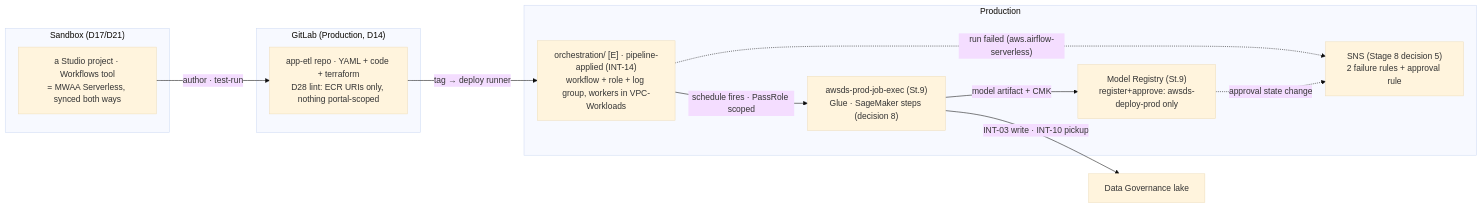
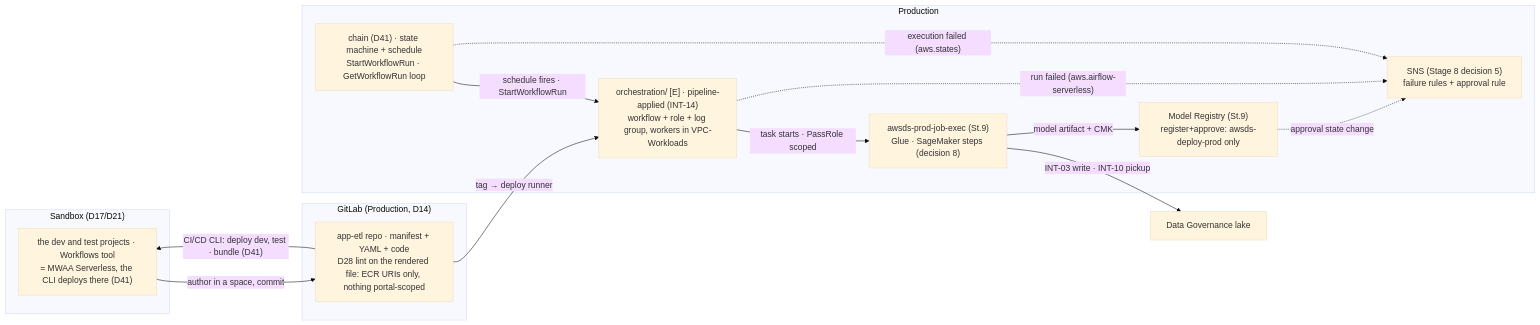
Before and after one commit to felipenoris/AWS-DataScience: the diagram in docs/plan/stages/stage-10-orchestration-promotion.md, drawn with Mermaid (base theme). The commit also changed other lines of this file and 19 other files, not shown here.

````diff
--- a/docs/plan/stages/stage-10-orchestration-promotion.md
+++ b/docs/plan/stages/stage-10-orchestration-promotion.md
@@ -46,22 +53,26 @@
 ```mermaid
 flowchart LR
     subgraph SBX["Sandbox (D17/D21)"]
-        STU["a Studio project · Workflows tool<br/>= MWAA Serverless, synced both ways"]
+        STU["the dev and test projects · Workflows tool<br/>= MWAA Serverless, the CLI deploys there (D41)"]
     end
     subgraph GL["GitLab (Production, D14)"]
-        REPO["app-etl repo · YAML + code + terraform<br/>D28 lint: ECR URIs only, nothing portal-scoped"]
+        REPO["app-etl repo · manifest + YAML + code<br/>D28 lint on the rendered file: ECR URIs only, nothing portal-scoped"]
     end
     subgraph PRD["Production"]
         ORC["orchestration/ [E] · pipeline-applied (INT-14)<br/>workflow + role + log group, workers in VPC-Workloads"]
+        CHAIN["chain (D41) · state machine + schedule<br/>StartWorkflowRun · GetWorkflowRun loop"]
         JOB["awsds-prod-job-exec (St.9)<br/>Glue · SageMaker steps (decision 8)"]
         REG["Model Registry (St.9)<br/>register+approve: awsds-deploy-prod only"]
-        SNS["SNS (Stage 8 decision 5)<br/>2 failure rules + approval rule"]
+        SNS["SNS (Stage 8 decision 5)<br/>failure rules + approval rule"]
     end
-    STU -->|"author · test-run"| REPO
+    STU -->|"author in a space, commit"| REPO
+    REPO -->|"CI/CD CLI: deploy dev, test · bundle (D41)"| STU
     REPO -->|"tag → deploy runner"| ORC
-    ORC -->|"schedule fires · PassRole scoped"| JOB
+    CHAIN -->|"schedule fires · StartWorkflowRun"| ORC
+    ORC -->|"task starts · PassRole scoped"| JOB
     JOB -->|"INT-03 write · INT-10 pickup"| LAKE["Data Governance lake"]
     JOB -->|"model artifact + CMK"| REG
     ORC -.->|"run failed (aws.airflow-serverless)"| SNS
+    CHAIN -.->|"execution failed (aws.states)"| SNS
     REG -.->|"approval state change"| SNS
 ```
````
